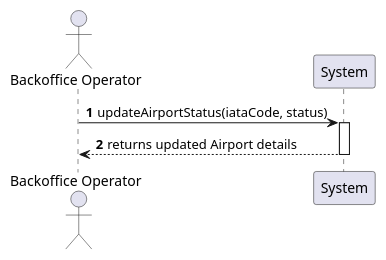
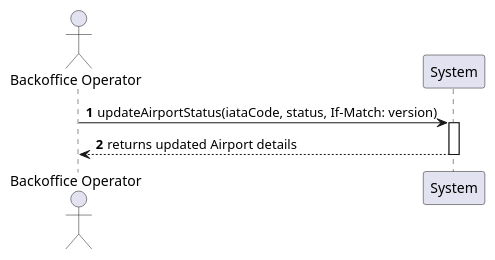
Before and after one commit to VascoMagolo/psoft_1231562_1241692_1242036_2db: the diagram in docs/system-documentation/use-cases/WP2A/US109/puml/ssd_us109.puml, drawn with PlantUML. The commit also changed 101 other files, not shown here.

First line of the commit message:
docs: update diagrams, READMEs, and global artifacts

```diff
--- a/docs/system-documentation/use-cases/WP2A/US109/puml/ssd_us109.puml
+++ b/docs/system-documentation/use-cases/WP2A/US109/puml/ssd_us109.puml
@@ -1,10 +1,10 @@
 @startuml
 autonumber
 actor "Backoffice Operator" as BO
 participant "System" as Sys
 
-BO -> Sys : updateAirportStatus(iataCode, status)
+BO -> Sys : updateAirportStatus(iataCode, status, If-Match: version)
 activate Sys
 Sys --> BO : returns updated Airport details
 deactivate Sys
 @enduml
```
